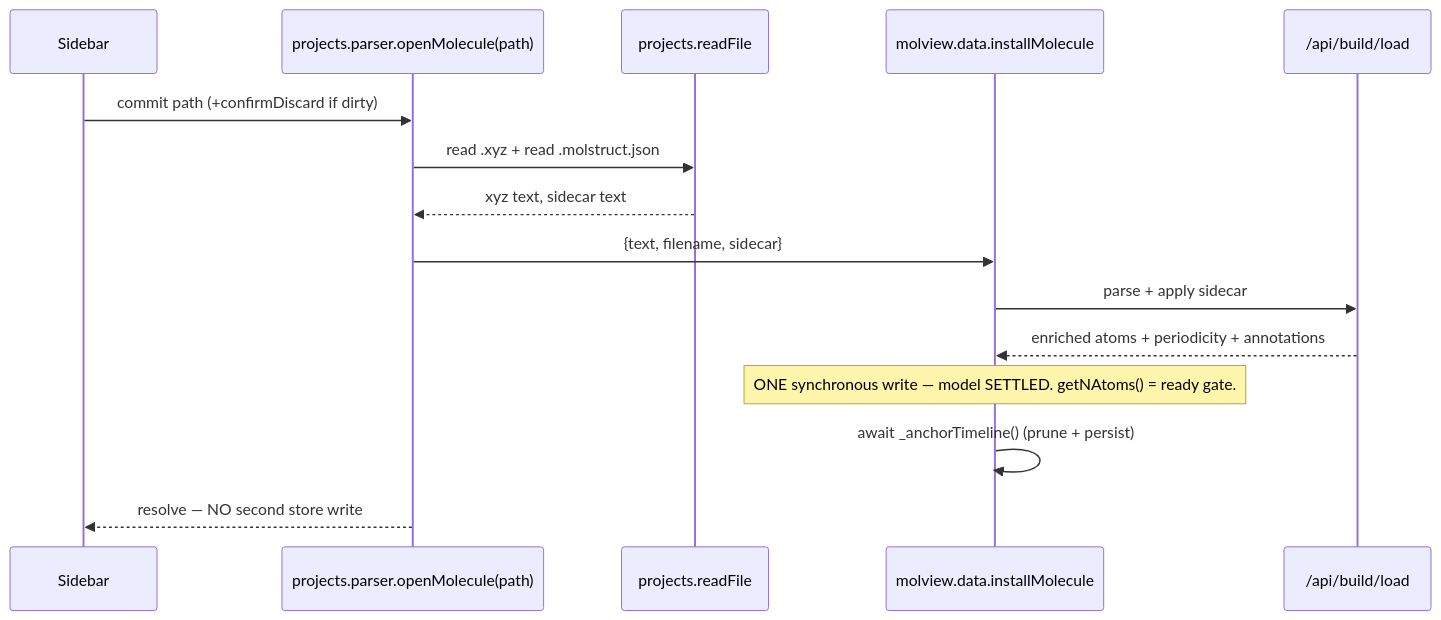
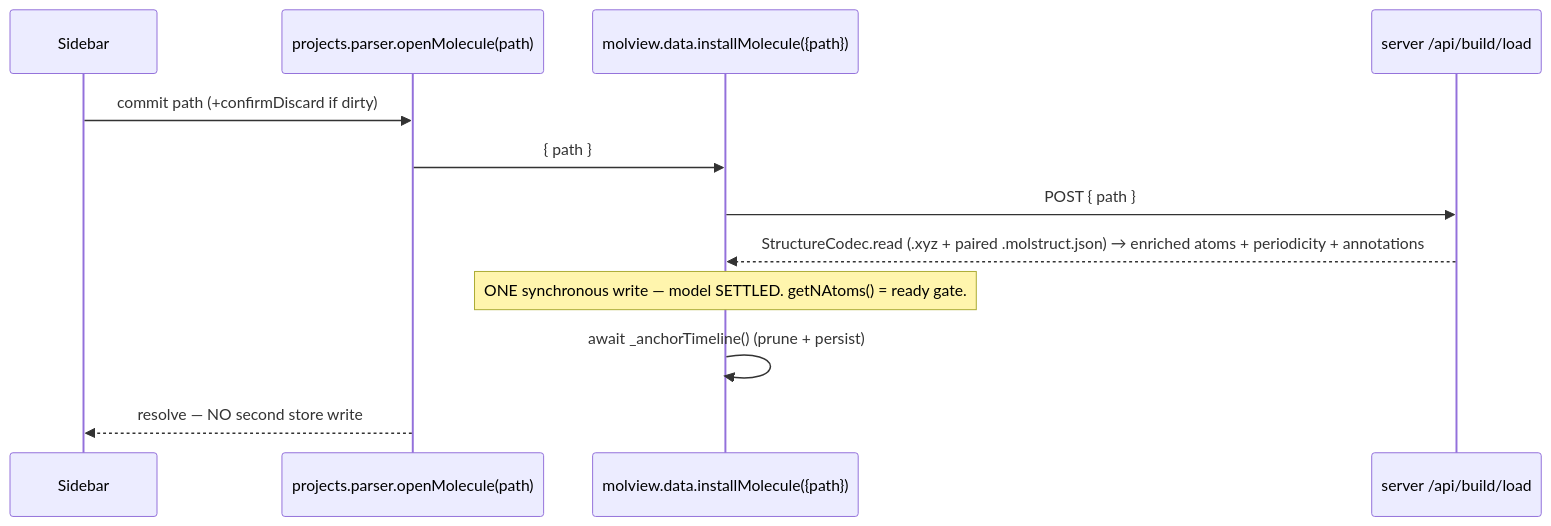
One commit to Qing-LAB/molbuilder changed the second of 2 diagrams in docs/protocols/structure-load-save-contract.md. Above: the diagram before and after it, drawn with Mermaid. The commit also changed other lines of this file and 8 other files, not shown here.

````diff
--- a/docs/protocols/structure-load-save-contract.md
+++ b/docs/protocols/structure-load-save-contract.md
@@ -139,17 +147,14 @@
 ```mermaid
 sequenceDiagram
     participant U as Sidebar
     participant D as projects.parser.openMolecule(path)
-    participant PR as projects.readFile
-    participant IM as molview.data.installMolecule
-    participant BL as /api/build/load
+    participant IM as molview.data.installMolecule({path})
+    participant BL as server /api/build/load
     U->>D: commit path (+confirmDiscard if dirty)
-    D->>PR: read .xyz  +  read .molstruct.json
-    PR-->>D: xyz text, sidecar text
-    D->>IM: {text, filename, sidecar}
-    IM->>BL: parse + apply sidecar
-    BL-->>IM: enriched atoms + periodicity + annotations
+    D->>IM: { path }
+    IM->>BL: POST { path }
+    BL-->>IM: StructureCodec.read (.xyz + paired .molstruct.json) → enriched atoms + periodicity + annotations
     Note over IM: ONE synchronous write — model SETTLED. getNAtoms() = ready gate.
     IM->>IM: await _anchorTimeline() (prune + persist)
     D-->>U: resolve — NO second store write
 ```
````
